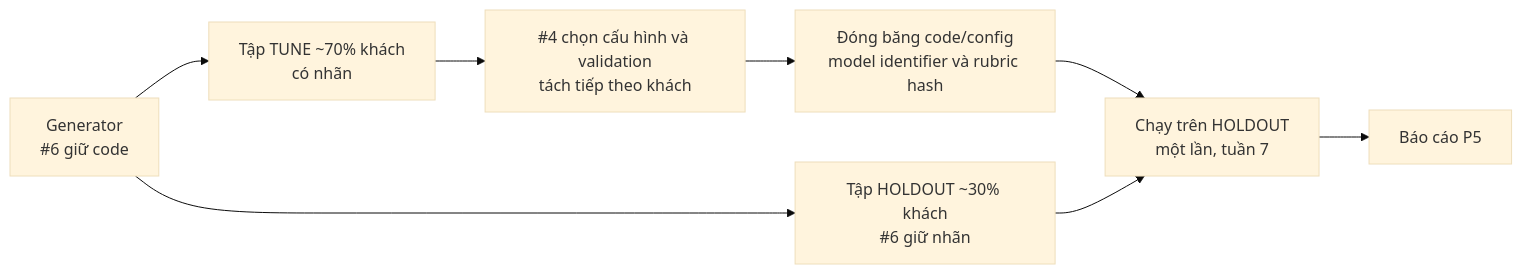
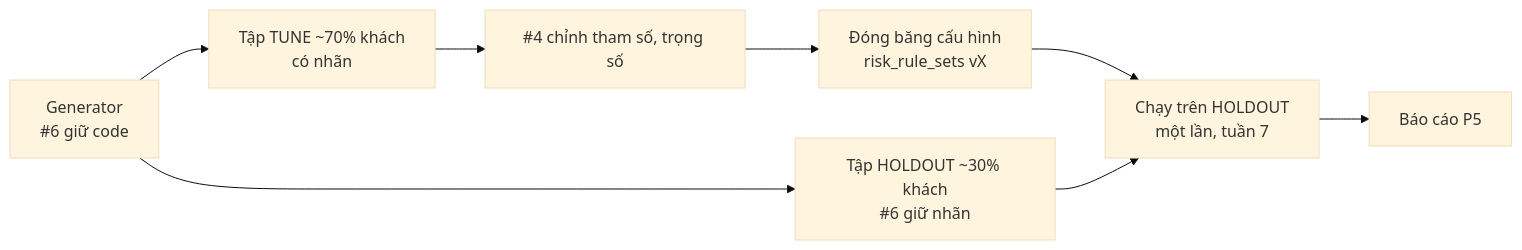
The fourth of 4 diagrams in docs/components/risk/FRAUD_DETECTION_GUIDE.md (Lawliet119/digital-banking-simulator), drawn with Mermaid (base theme) before and after one commit. The commit also changed other lines of this file and 7 other files, not shown here.

````diff
--- a/docs/components/risk/FRAUD_DETECTION_GUIDE.md
+++ b/docs/components/risk/FRAUD_DETECTION_GUIDE.md
@@ -441,10 +468,10 @@
 ```mermaid
 flowchart LR
     G[Generator<br/>#6 giữ code] --> T[Tập TUNE ~70% khách<br/>có nhãn]
     G --> H[Tập HOLDOUT ~30% khách<br/>#6 giữ nhãn]
-    T --> P[#4 chọn cấu hình và validation<br/>tách tiếp theo khách]
-    P --> F[Đóng băng code/config<br/>model identifier và rubric hash]
+    T --> P[#4 chỉnh tham số, trọng số]
+    P --> F[Đóng băng cấu hình<br/>risk_rule_sets vX]
     F --> RUN[Chạy trên HOLDOUT<br/>một lần, tuần 7]
     H --> RUN
     RUN --> REP[Báo cáo P5]
 ```
````
